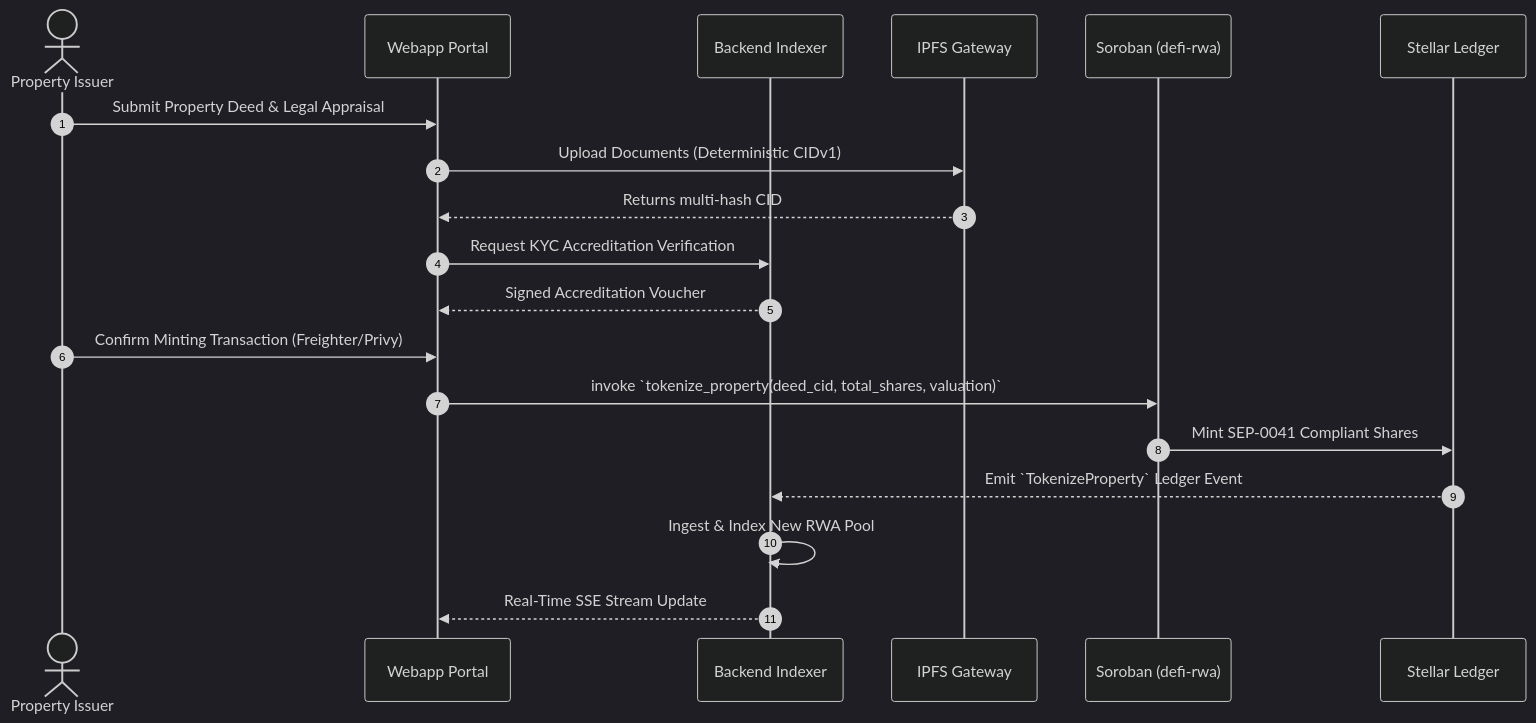
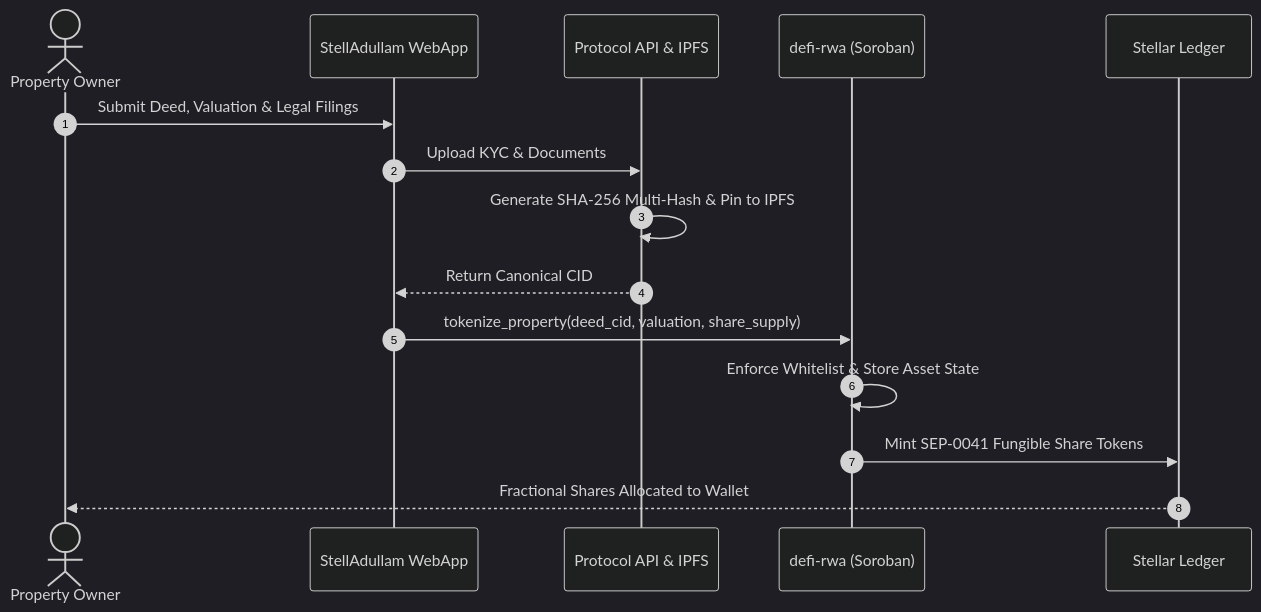
Before and after one commit to StellAdullam/StellAdullam: the second of 3 diagrams in README.md, drawn with Mermaid (dark theme). The commit also changed other lines of this file and 11 other files, not shown here.

````diff
--- a/README.md
+++ b/README.md
@@ -104,22 +133,18 @@
 ```mermaid
 sequenceDiagram
     autonumber
-    actor Issuer as Property Issuer
-    participant WebApp as Webapp Portal
-    participant API as Backend Indexer
-    participant IPFS as IPFS Gateway
-    participant Soroban as Soroban (defi-rwa)
-    participant Stellar as Stellar Ledger
+    actor Issuer as Property Owner
+    participant App as StellAdullam WebApp
+    participant API as Protocol API & IPFS
+    participant Soroban as defi-rwa (Soroban)
+    participant Ledger as Stellar Ledger
 
-    Issuer->>WebApp: Submit Property Deed & Legal Appraisal
-    WebApp->>IPFS: Upload Documents (Deterministic CIDv1)
-    IPFS-->>WebApp: Returns multi-hash CID
-    WebApp->>API: Request KYC Accreditation Verification
-    API-->>WebApp: Signed Accreditation Voucher
-    Issuer->>WebApp: Confirm Minting Transaction (Freighter/Privy)
-    WebApp->>Soroban: invoke `tokenize_property(deed_cid, total_shares, valuation)`
-    Soroban->>Stellar: Mint SEP-0041 Compliant Shares
-    Stellar-->>API: Emit `TokenizeProperty` Ledger Event
-    API->>API: Ingest & Index New RWA Pool
-    API-->>WebApp: Real-Time SSE Stream Update
+    Issuer->>App: Submit Deed, Valuation & Legal Filings
+    App->>API: Upload KYC & Documents
+    API->>API: Generate SHA-256 Multi-Hash & Pin to IPFS
+    API-->>App: Return Canonical CID
+    App->>Soroban: tokenize_property(deed_cid, valuation, share_supply)
+    Soroban->>Soroban: Enforce Whitelist & Store Asset State
+    Soroban->>Ledger: Mint SEP-0041 Fungible Share Tokens
+    Ledger-->>Issuer: Fractional Shares Allocated to Wallet
 ```
````
